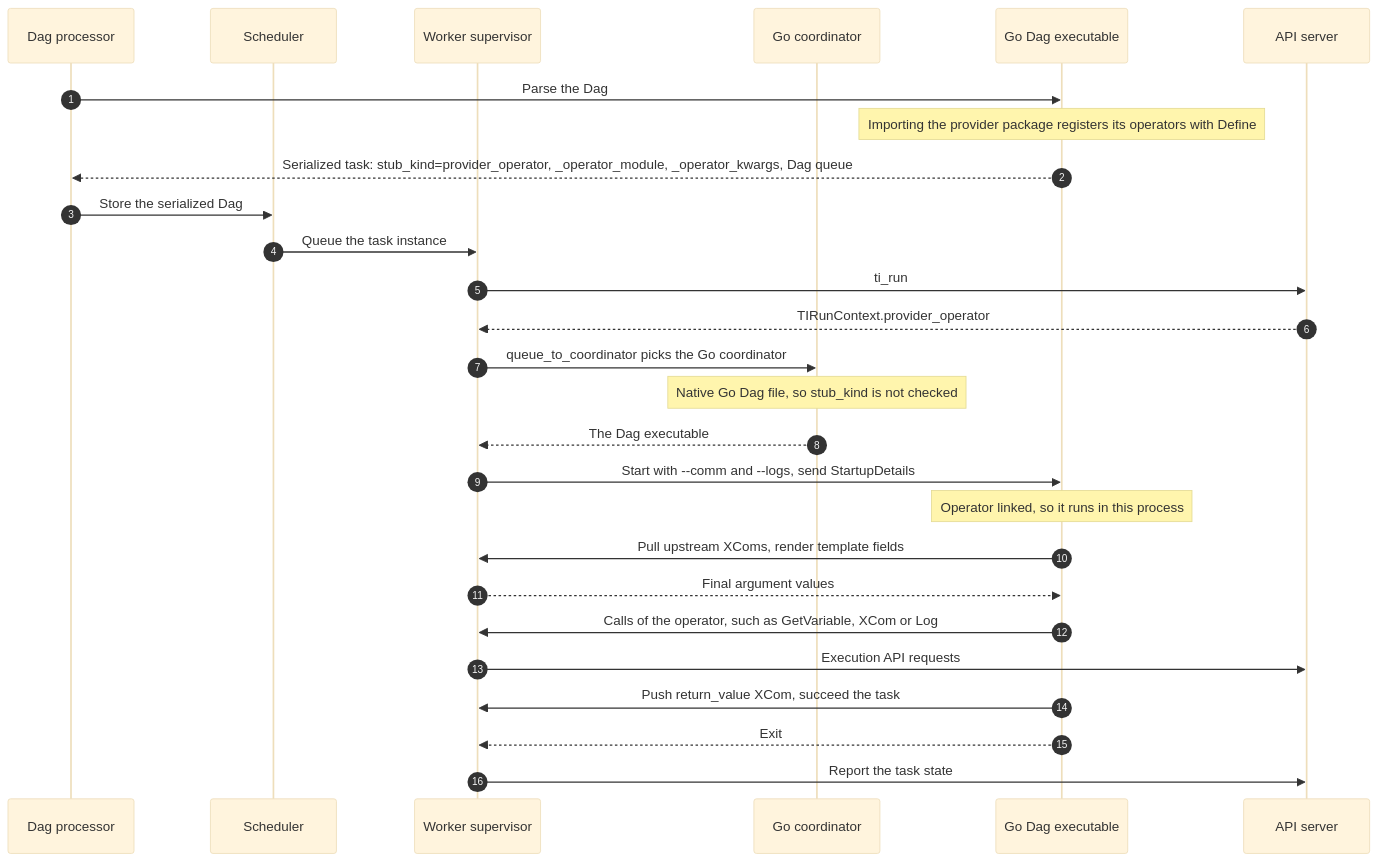
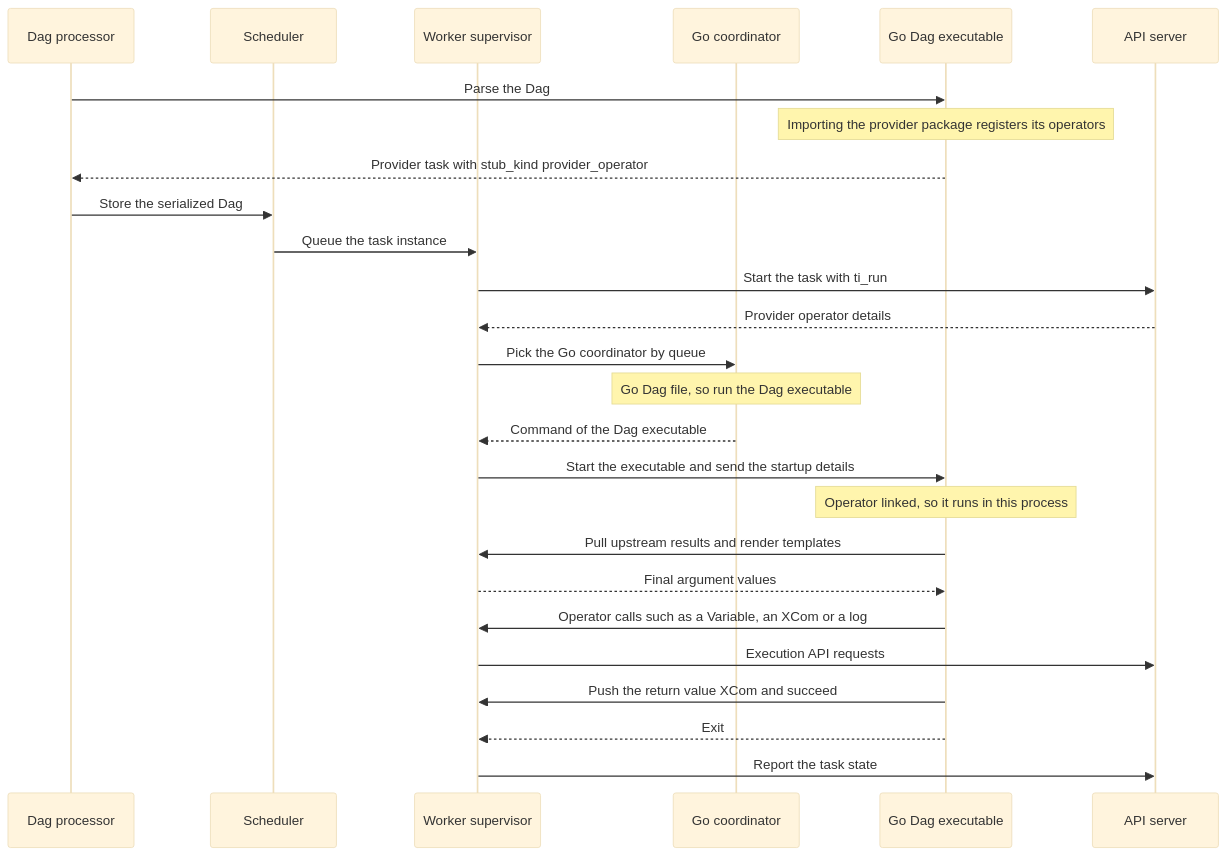
One commit to jason810496/airflow changed the second of 2 diagrams in go-sdk/provider/README.md. Above: the diagram before and after it, drawn with Mermaid (base theme). The commit also changed other lines of this file, not shown here.

Commit message:
Simplify the provider task flow diagrams

````diff
--- a/go-sdk/provider/README.md
+++ b/go-sdk/provider/README.md
@@ -87,30 +84,29 @@
 ```mermaid
 sequenceDiagram
-    autonumber
     participant DP as Dag processor
     participant S as Scheduler
     participant W as Worker supervisor
     participant C as Go coordinator
     participant B as Go Dag executable
     participant API as API server
 
     DP->>B: Parse the Dag
-    Note over B: Importing the provider package registers its operators with Define
-    B-->>DP: Serialized task: stub_kind=provider_operator, _operator_module, _operator_kwargs, Dag queue
+    Note over B: Importing the provider package registers its operators
+    B-->>DP: Provider task with stub_kind provider_operator
     DP->>S: Store the serialized Dag
     S->>W: Queue the task instance
-    W->>API: ti_run
-    API-->>W: TIRunContext.provider_operator
-    W->>C: queue_to_coordinator picks the Go coordinator
-    Note over C: Native Go Dag file, so stub_kind is not checked
-    C-->>W: The Dag executable
-    W->>B: Start with --comm and --logs, send StartupDetails
+    W->>API: Start the task with ti_run
+    API-->>W: Provider operator details
+    W->>C: Pick the Go coordinator by queue
+    Note over C: Go Dag file, so run the Dag executable
+    C-->>W: Command of the Dag executable
+    W->>B: Start the executable and send the startup details
     Note over B: Operator linked, so it runs in this process
-    B->>W: Pull upstream XComs, render template fields
+    B->>W: Pull upstream results and render templates
     W-->>B: Final argument values
-    B->>W: Calls of the operator, such as GetVariable, XCom or Log
+    B->>W: Operator calls such as a Variable, an XCom or a log
     W->>API: Execution API requests
-    B->>W: Push return_value XCom, succeed the task
+    B->>W: Push the return value XCom and succeed
     B-->>W: Exit
     W->>API: Report the task state
 ```
````
